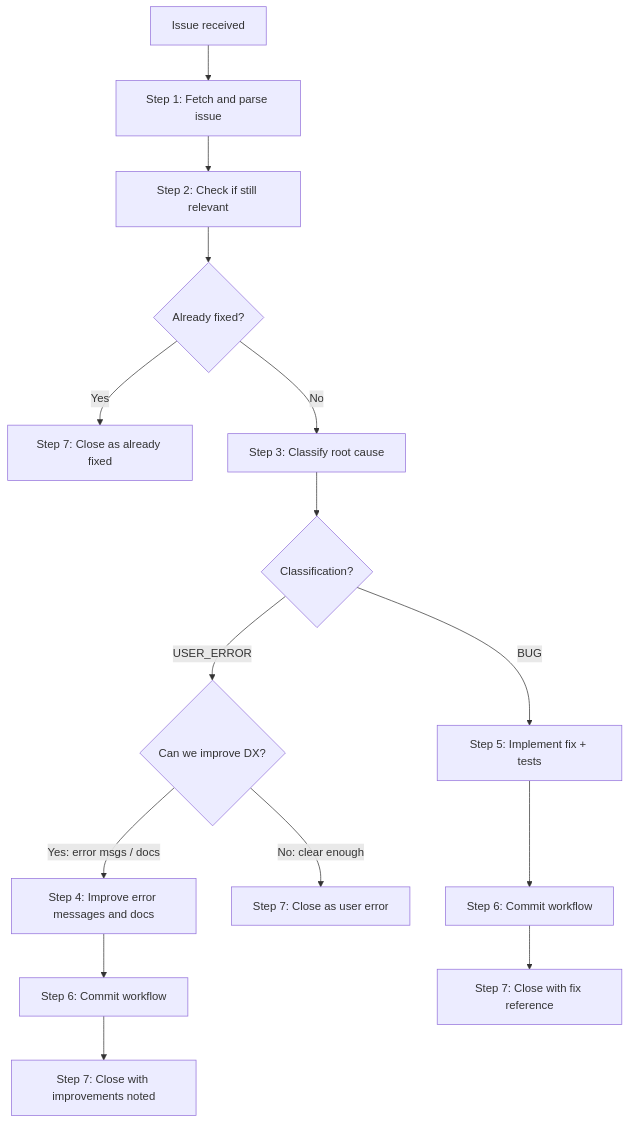
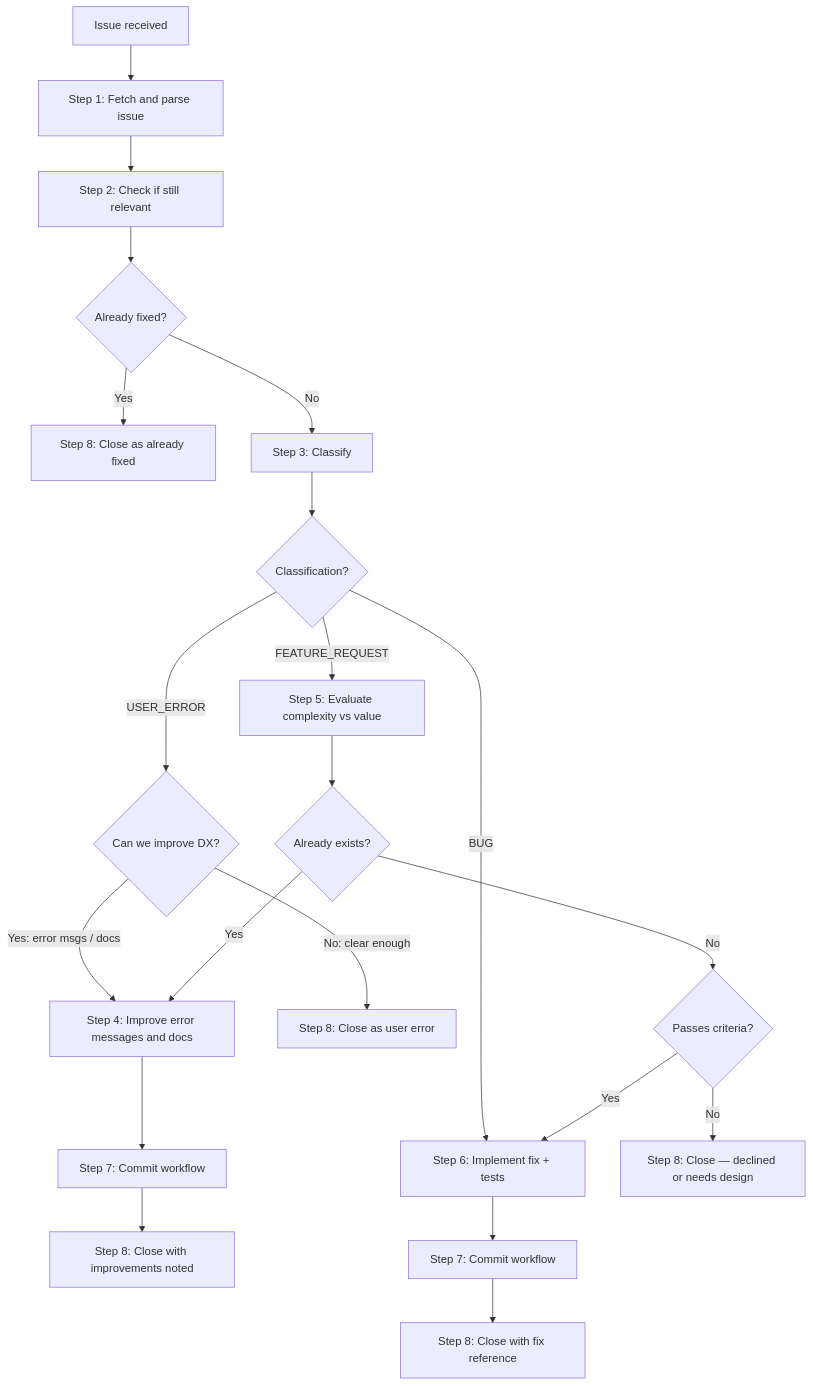
Before and after one commit to mock-server/mockserver: the diagram in .opencode/skills/issue-review/SKILL.md, drawn with Mermaid. The commit also changed other lines of this file and 1 other file, not shown here.

First line of the commit message:
Add feature request evaluation to issue-review skill and document json-unit.regex (#1330)

````diff
--- a/.opencode/skills/issue-review/SKILL.md
+++ b/.opencode/skills/issue-review/SKILL.md
@@ -388,17 +495,23 @@
 ```mermaid
 flowchart TD
     A[Issue received] --> B[Step 1: Fetch and parse issue]
     B --> C[Step 2: Check if still relevant]
     C --> D{Already fixed?}
-    D -->|Yes| CLOSE_FIXED[Step 7: Close as already fixed]
-    D -->|No| E[Step 3: Classify root cause]
+    D -->|Yes| CLOSE_FIXED[Step 8: Close as already fixed]
+    D -->|No| E[Step 3: Classify]
     E --> F{Classification?}
     F -->|USER_ERROR| G{Can we improve DX?}
     G -->|Yes: error msgs / docs| H[Step 4: Improve error messages and docs]
-    G -->|No: clear enough| CLOSE_USER[Step 7: Close as user error]
-    H --> I[Step 6: Commit workflow]
-    I --> CLOSE_IMPROVED[Step 7: Close with improvements noted]
-    F -->|BUG| J[Step 5: Implement fix + tests]
-    J --> K[Step 6: Commit workflow]
-    K --> CLOSE_BUG[Step 7: Close with fix reference]
+    G -->|No: clear enough| CLOSE_USER[Step 8: Close as user error]
+    H --> I[Step 7: Commit workflow]
+    I --> CLOSE_IMPROVED[Step 8: Close with improvements noted]
+    F -->|BUG| J[Step 6: Implement fix + tests]
+    J --> K[Step 7: Commit workflow]
+    K --> CLOSE_BUG[Step 8: Close with fix reference]
+    F -->|FEATURE_REQUEST| L[Step 5: Evaluate complexity vs value]
+    L --> M{Already exists?}
+    M -->|Yes| H
+    M -->|No| N{Passes criteria?}
+    N -->|Yes| J
+    N -->|No| CLOSE_DECLINED[Step 8: Close — declined or needs design]
 ```
````
